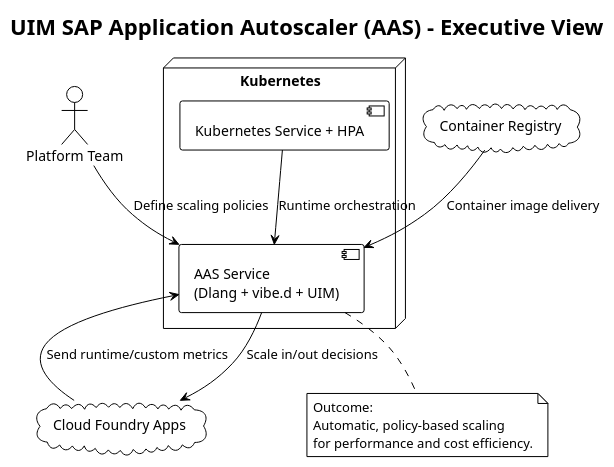
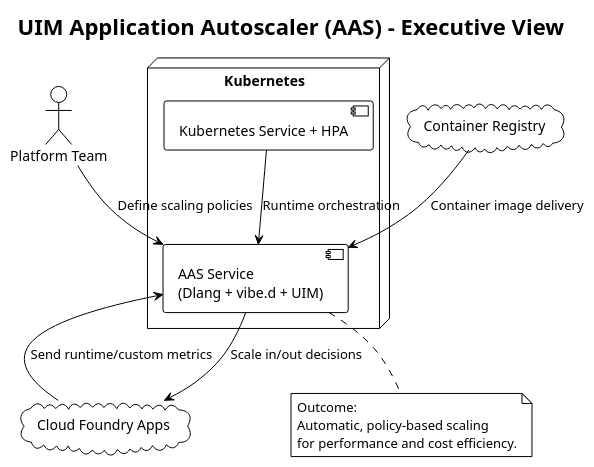
The diagram in application-autoscaler/docs/uml/component-executive-view.puml (UIMSolutions/uim-sap-services), drawn with PlantUML before and after one commit. The commit also changed 172 other files, not shown here.

```diff
--- a/application-autoscaler/docs/uml/component-executive-view.puml
+++ b/application-autoscaler/docs/uml/component-executive-view.puml
@@ -1,28 +1,28 @@
 @startuml
 !theme plain
 
-title UIM SAP Application Autoscaler (AAS) - Executive View
+title UIM Application Autoscaler (AAS) - Executive View
 
 actor "Platform Team" as Team
 
 cloud "Cloud Foundry Apps" as CFApps
 cloud "Container Registry" as Registry
 
 node "Kubernetes" {
   component "AAS Service\n(Dlang + vibe.d + UIM)" as AAS
   component "Kubernetes Service + HPA" as K8s
 }
 
 Team --> AAS : Define scaling policies
 CFApps --> AAS : Send runtime/custom metrics
 AAS --> CFApps : Scale in/out decisions
 Registry --> AAS : Container image delivery
 K8s --> AAS : Runtime orchestration
 
 note bottom of AAS
 Outcome:
 Automatic, policy-based scaling
 for performance and cost efficiency.
 end note
 
 @enduml
```
